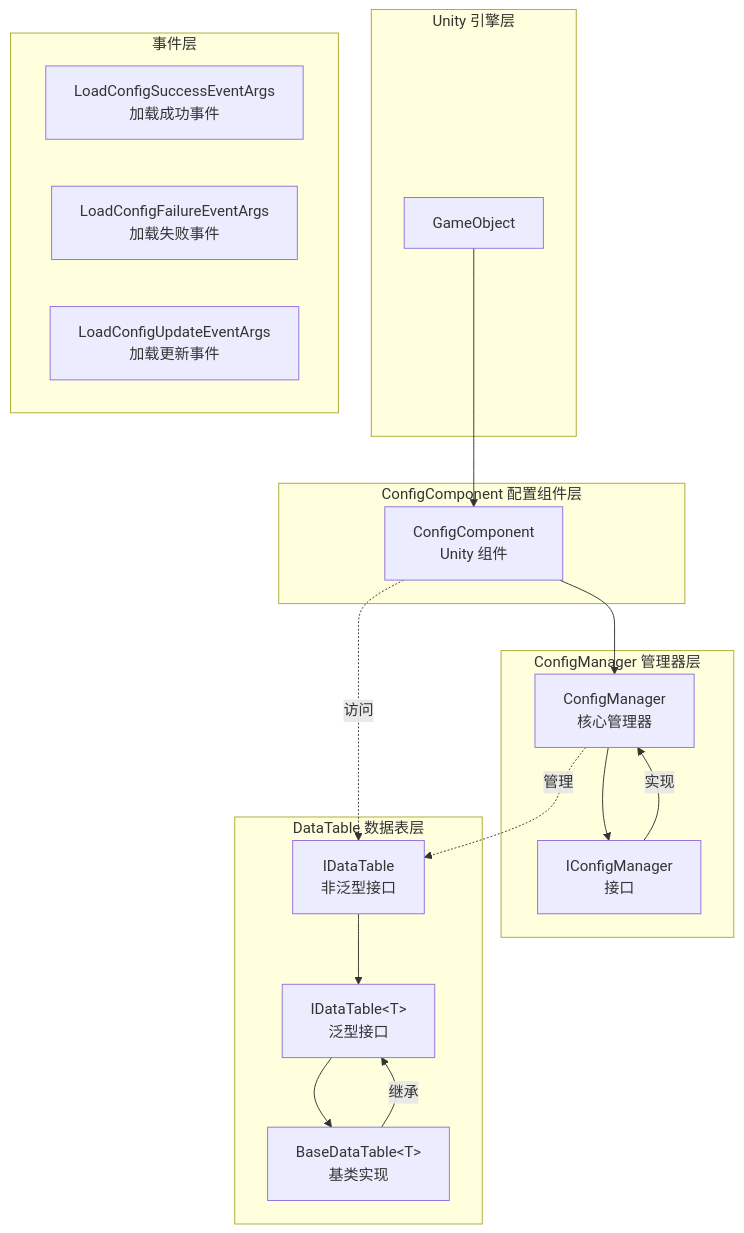
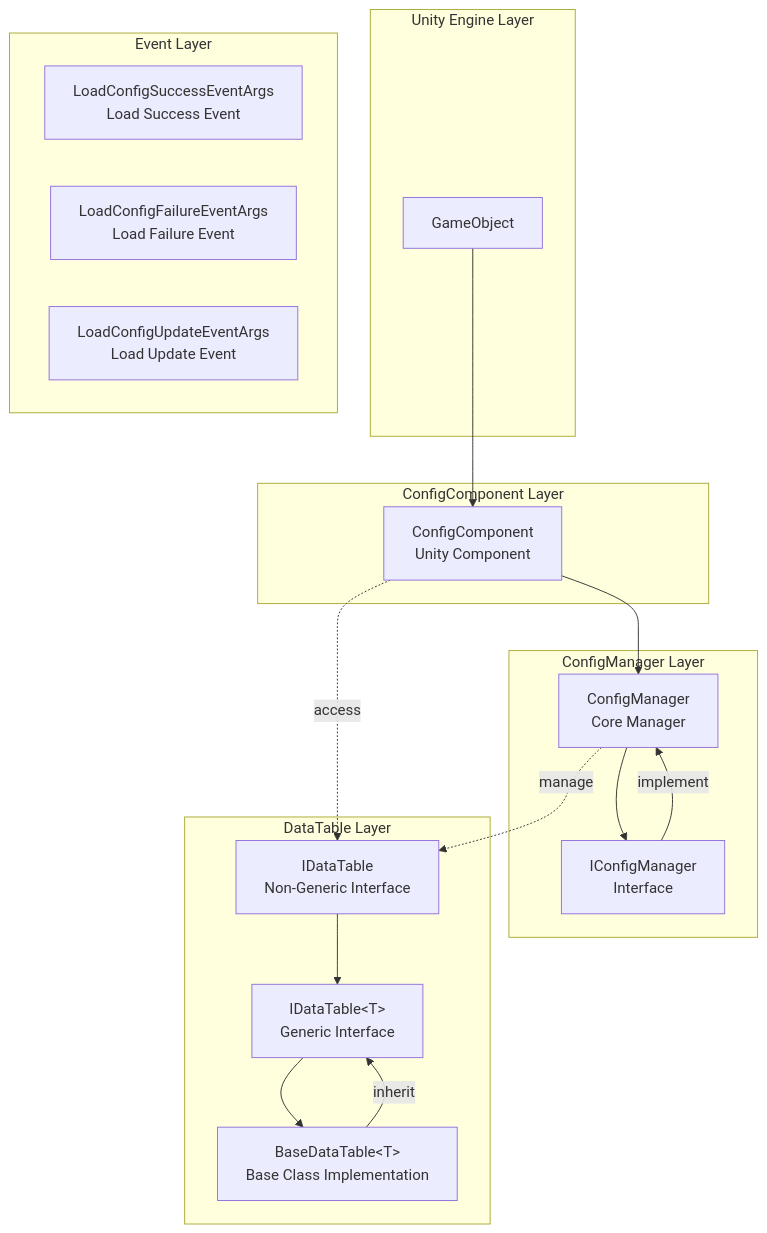
The first of 2 diagrams in docs/en/client/unity/component/config/04.features.md (AlianBlank/GameFrameX.Docs), drawn with Mermaid before and after one commit. The commit also changed other lines of this file and 242 other files, not shown here.

First line of the commit message:
docs(en/unity/component): 补全组件目录文档

````diff
--- a/docs/en/client/unity/component/config/04.features.md
+++ b/docs/en/client/unity/component/config/04.features.md
@@ -20,38 +20,38 @@
 ```mermaid
 flowchart TD
-    subgraph Unity["Unity 引擎层"]
+    subgraph Unity["Unity Engine Layer"]
         GameObject[GameObject]
     end
 
-    subgraph ConfigComponent_Layer["ConfigComponent 配置组件层"]
-        CC[ConfigComponent<br/>Unity 组件]
+    subgraph ConfigComponent_Layer["ConfigComponent Layer"]
+        CC[ConfigComponent<br/>Unity Component]
     end
 
-    subgraph ConfigManager_Layer["ConfigManager 管理器层"]
-        CM[ConfigManager<br/>核心管理器]
-        ICM[IConfigManager<br/>接口]
+    subgraph ConfigManager_Layer["ConfigManager Layer"]
+        CM[ConfigManager<br/>Core Manager]
+        ICM[IConfigManager<br/>Interface]
     end
 
-    subgraph DataTable_Layer["DataTable 数据表层"]
-        IDT[IDataTable<br/>非泛型接口]
-        IDTG[IDataTable&lt;T&gt;<br/>泛型接口]
-        BDT[BaseDataTable&lt;T&gt;<br/>基类实现]
+    subgraph DataTable_Layer["DataTable Layer"]
+        IDT[IDataTable<br/>Non-Generic Interface]
+        IDTG[IDataTable&lt;T&gt;<br/>Generic Interface]
+        BDT[BaseDataTable&lt;T&gt;<br/>Base Class Implementation]
     end
 
-    subgraph Event_Layer["事件层"]
-        LSE[LoadConfigSuccessEventArgs<br/>加载成功事件]
-        LFE[LoadConfigFailureEventArgs<br/>加载失败事件]
-        LUE[LoadConfigUpdateEventArgs<br/>加载更新事件]
+    subgraph Event_Layer["Event Layer"]
+        LSE[LoadConfigSuccessEventArgs<br/>Load Success Event]
+        LFE[LoadConfigFailureEventArgs<br/>Load Failure Event]
+        LUE[LoadConfigUpdateEventArgs<br/>Load Update Event]
     end
 
     GameObject --> CC
     CC --> CM
     CM --> ICM
-    ICM -->|实现| CM
+    ICM -->|implement| CM
     IDT --> IDTG
     IDTG --> BDT
-    BDT -->|继承| IDTG
+    BDT -->|inherit| IDTG
 
-    CM -.->|管理| IDT
-    CC -.->|访问| IDT
+    CM -.->|manage| IDT
+    CC -.->|access| IDT
 ```
````
